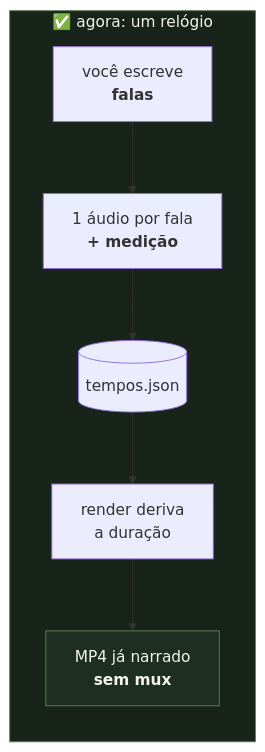
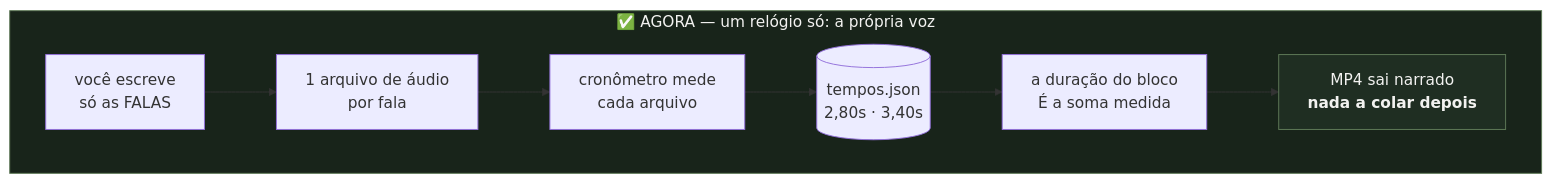
One commit to claudiogpt/motor-de-canal changed the second of 4 diagrams in docs/01-como-funciona.md. Above: the diagram before and after it, drawn with Mermaid. The commit also changed other lines of this file and 1 other file, not shown here.

````diff
--- a/docs/01-como-funciona.md
+++ b/docs/01-como-funciona.md
@@ -30,11 +136,13 @@
 ```mermaid
-flowchart LR
-    subgraph AGORA["✅ agora: um relógio"]
-        B1["você escreve<br/><b>falas</b>"] --> B2["1 áudio por fala<br/><b>+ medição</b>"]
-        B2 --> B3[("tempos.json")]
-        B3 --> B4["render deriva<br/>a duração"]
-        B4 --> B5["MP4 já narrado<br/><b>sem mux</b>"]
+flowchart TD
+    subgraph AGORA["✅ AGORA — um relógio só: a própria voz"]
+        direction LR
+        B1["você escreve<br/>só as FALAS"] --> B2["1 arquivo de áudio<br/>por fala"]
+        B2 --> B3["cronômetro mede<br/>cada arquivo"]
+        B3 --> B4[("tempos.json<br/>2,80s · 3,40s")]
+        B4 --> B5["a duração do bloco<br/>É a soma medida"]
+        B5 --> B6["MP4 sai narrado<br/><b>nada a colar depois</b>"]
     end
     style AGORA fill:#18241a,stroke:#5F7A58,color:#F2F2F0
-    style B5 fill:#1f2e22,stroke:#5F7A58,color:#F2F2F0
+    style B6 fill:#1f2e22,stroke:#5F7A58,color:#F2F2F0
 ```
````
